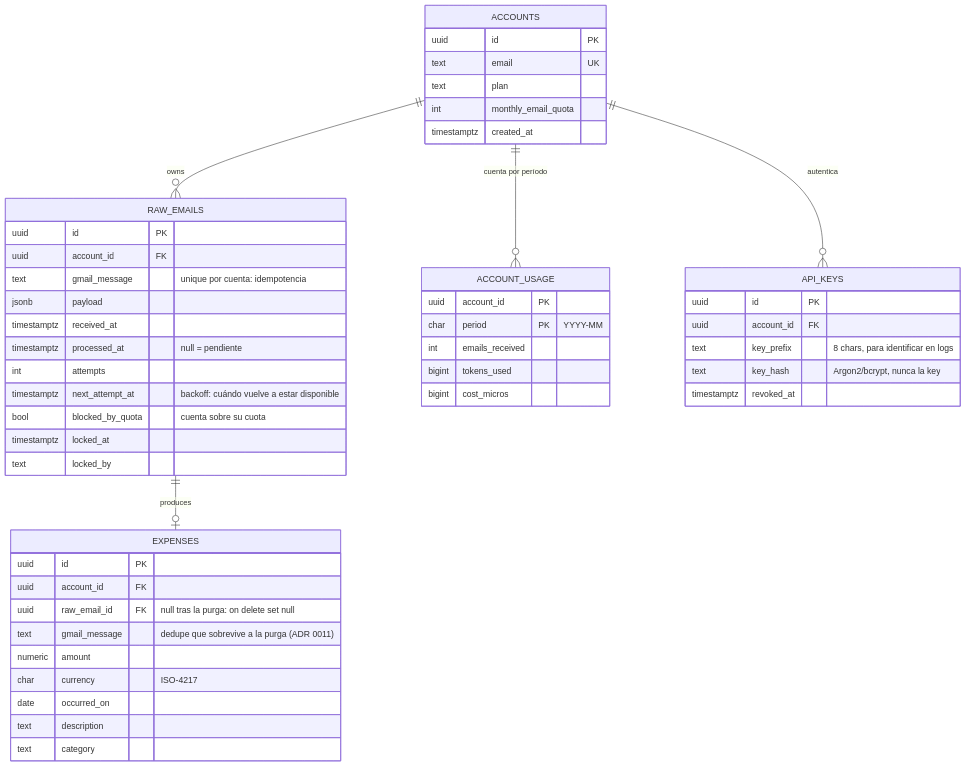
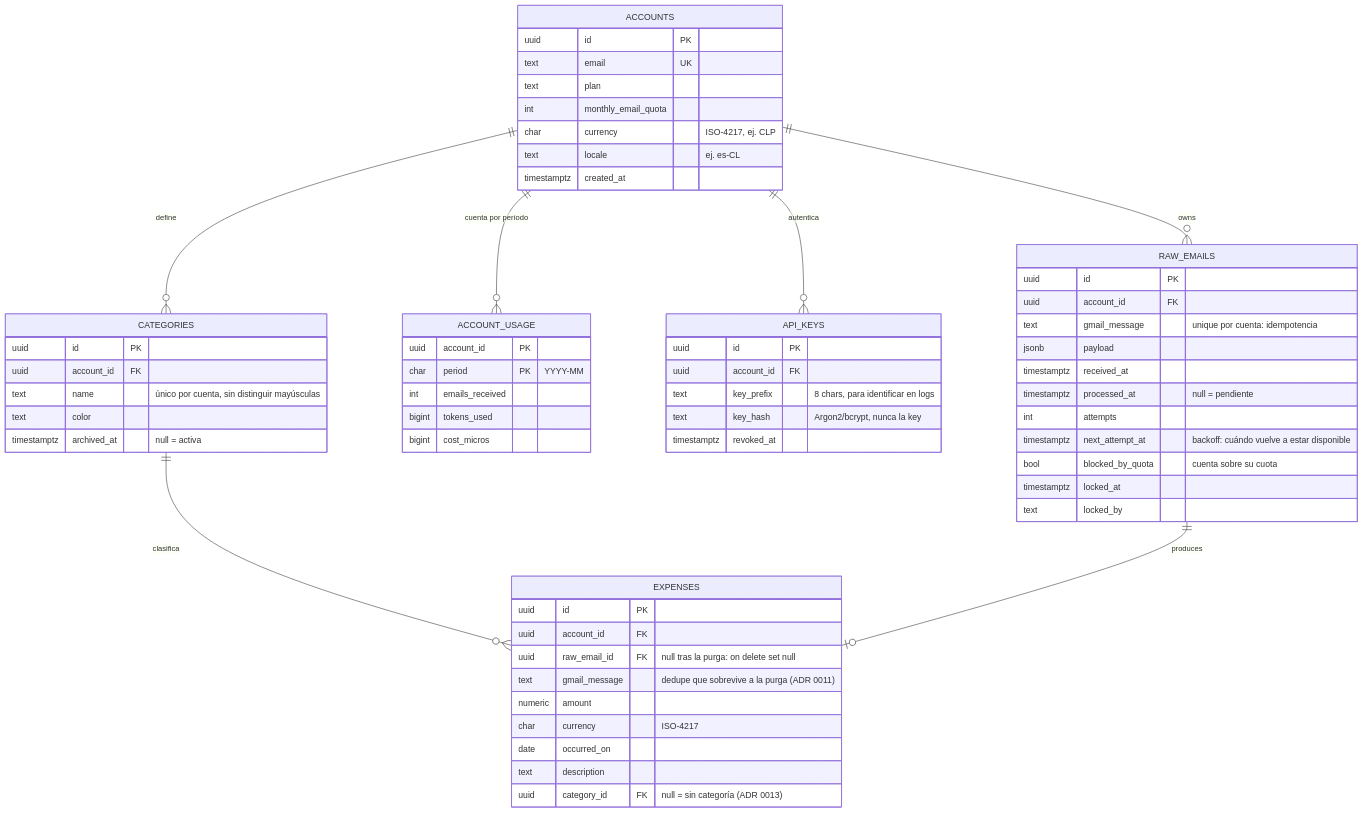
Before and after one commit to fperezlefiman/expense-tracker: the third of 3 diagrams in docs/architecture.md, drawn with Mermaid. The commit also changed other lines of this file and 5 other files, not shown here.

First line of the commit message:
docs: categories as user data, currency and locale per account (ADR 0013)

````diff
--- a/docs/architecture.md
+++ b/docs/architecture.md
@@ -66,53 +66,64 @@
 ```mermaid
 erDiagram
     ACCOUNTS ||--o{ RAW_EMAILS : owns
     ACCOUNTS ||--o{ ACCOUNT_USAGE : "cuenta por período"
     ACCOUNTS ||--o{ API_KEYS : "autentica"
+    ACCOUNTS ||--o{ CATEGORIES : define
+    CATEGORIES ||--o{ EXPENSES : clasifica
     RAW_EMAILS ||--o| EXPENSES : produces
 
     ACCOUNTS {
         uuid id PK
         text email UK
         text plan
         int monthly_email_quota
+        char currency "ISO-4217, ej. CLP"
+        text locale "ej. es-CL"
         timestamptz created_at
+    }
+    CATEGORIES {
+        uuid id PK
+        uuid account_id FK
+        text name "único por cuenta, sin distinguir mayúsculas"
+        text color
+        timestamptz archived_at "null = activa"
     }
     RAW_EMAILS {
         uuid id PK
         uuid account_id FK
         text gmail_message "unique por cuenta: idempotencia"
         jsonb payload
         timestamptz received_at
         timestamptz processed_at "null = pendiente"
         int attempts
         timestamptz next_attempt_at "backoff: cuándo vuelve a estar disponible"
         bool blocked_by_quota "cuenta sobre su cuota"
         timestamptz locked_at
         text locked_by
     }
     EXPENSES {
         uuid id PK
         uuid account_id FK
         uuid raw_email_id FK "null tras la purga: on delete set null"
         text gmail_message "dedupe que sobrevive a la purga (ADR 0011)"
         numeric amount
         char currency "ISO-4217"
         date occurred_on
         text description
-        text category
+        uuid category_id FK "null = sin categoría (ADR 0013)"
     }
     ACCOUNT_USAGE {
         uuid account_id PK
         char period PK "YYYY-MM"
         int emails_received
         bigint tokens_used
         bigint cost_micros
     }
     API_KEYS {
         uuid id PK
         uuid account_id FK
         text key_prefix "8 chars, para identificar en logs"
         text key_hash "Argon2/bcrypt, nunca la key"
         timestamptz revoked_at
     }
 ```
````
